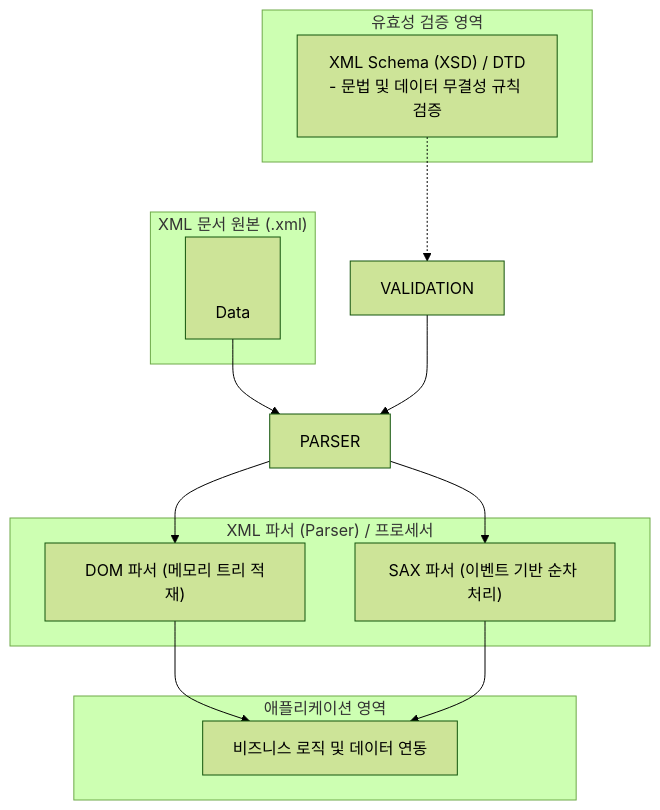
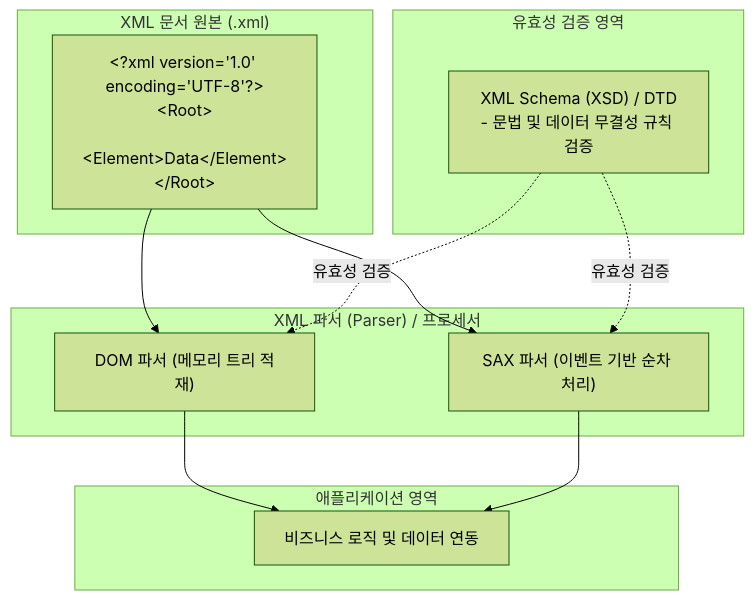
One commit to supremethumb/supremethumb.github.io changed the diagram in content/01_IT Tech/XML.md. Above: the diagram before and after it, drawn with Mermaid (forest theme). The commit also changed other lines of this file and 362 other files, not shown here.

````diff
--- a/content/01_IT Tech/XML.md
+++ b/content/01_IT Tech/XML.md
@@ -23,26 +32,23 @@
 ```mermaid
 flowchart TB
     subgraph Source["XML 문서 원본 (.xml)"]
-        DOC["<?xml version='1.0' encoding='UTF-8'?>\n<Root>\n  <Element>Data</Element>\n</Root>"]
+        DOC["&lt;?xml version='1.0' encoding='UTF-8'?&gt;<br/>&lt;Root&gt;<br/>  &lt;Element&gt;Data&lt;/Element&gt;<br/>&lt;/Root&gt;"]
     end
 
     subgraph Validation["유효성 검증 영역"]
         SCHEMA["XML Schema (XSD) / DTD<br/>- 문법 및 데이터 무결성 규칙 검증"]
     end
 
     subgraph Parser["XML 파서 (Parser) / 프로세서"]
         DOM["DOM 파서 (메모리 트리 적재)"]
         SAX["SAX 파서 (이벤트 기반 순차 처리)"]
     end
 
     subgraph Target["애플리케이션 영역"]
         APP["비즈니스 로직 및 데이터 연동"]
     end
 
-    DOC --> PARSER
-    SCHEMA -.-> VALIDATION
-    VALIDATION --> PARSER
-    PARSER --> DOM & SAX
+    DOC --> DOM & SAX
+    SCHEMA -.->|유효성 검증| DOM & SAX
     DOM & SAX --> APP
-
 ```
````
